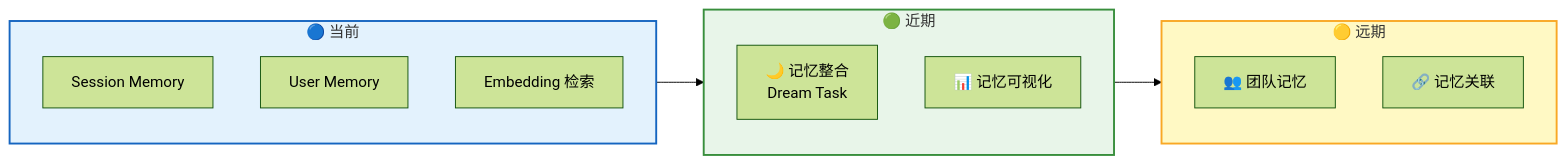
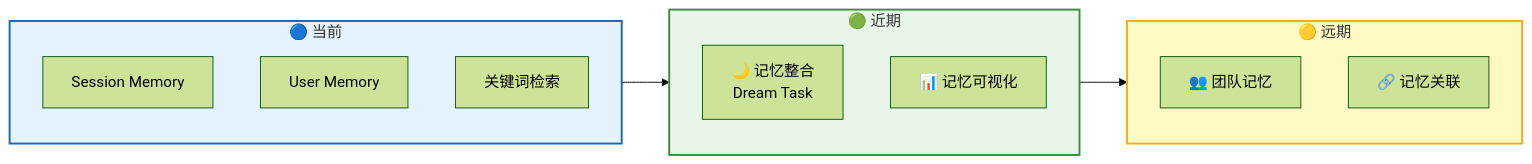
Before and after one commit to rtc-agent/docs: the seventh of 7 diagrams in src/content/docs/features/memory.md, drawn with Mermaid (forest theme). The commit also changed other lines of this file and 13 other files, not shown here.

````diff
--- a/src/content/docs/features/memory.md
+++ b/src/content/docs/features/memory.md
@@ -261,24 +251,24 @@
 ```mermaid
 flowchart LR
     subgraph NOW["🔵 当前"]
         N1["Session Memory"]
         N2["User Memory"]
-        N3["Embedding 检索"]
+        N3["关键词检索"]
     end
 
     subgraph NEXT["🟢 近期"]
         NX1["🌙 记忆整合<br/>Dream Task"]
         NX2["📊 记忆可视化"]
     end
 
     subgraph FUTURE["🟡 远期"]
         F1["👥 团队记忆"]
         F2["🔗 记忆关联"]
     end
 
     NOW --> NEXT --> FUTURE
 
     style NOW fill:#e3f2fd,stroke:#1565c0,stroke-width:2px
     style NEXT fill:#e8f5e9,stroke:#388e3c,stroke-width:2px
     style FUTURE fill:#fff9c4,stroke:#f9a825,stroke-width:2px
 ```
````
